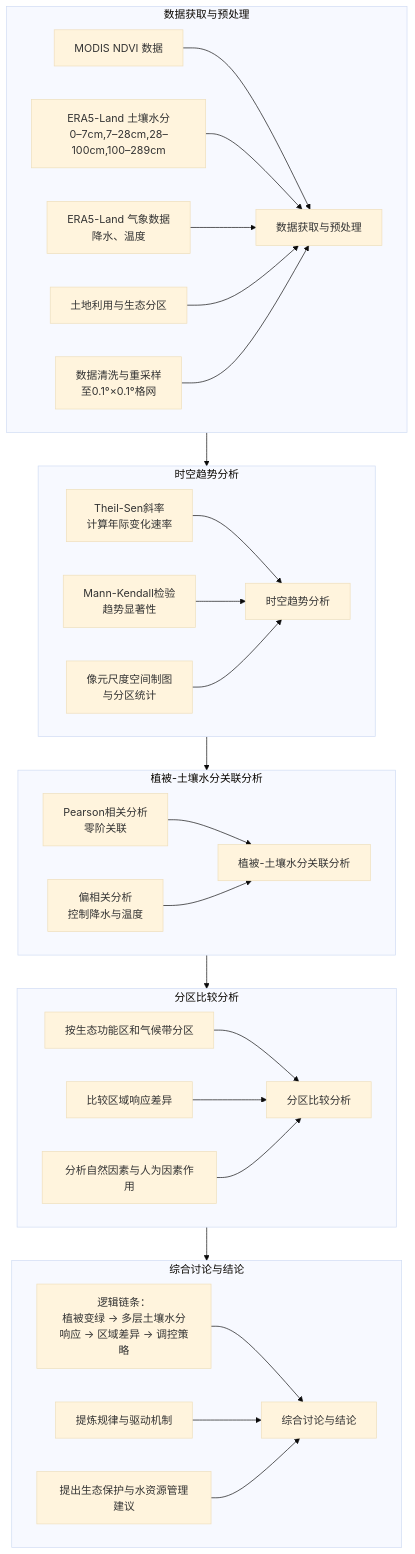
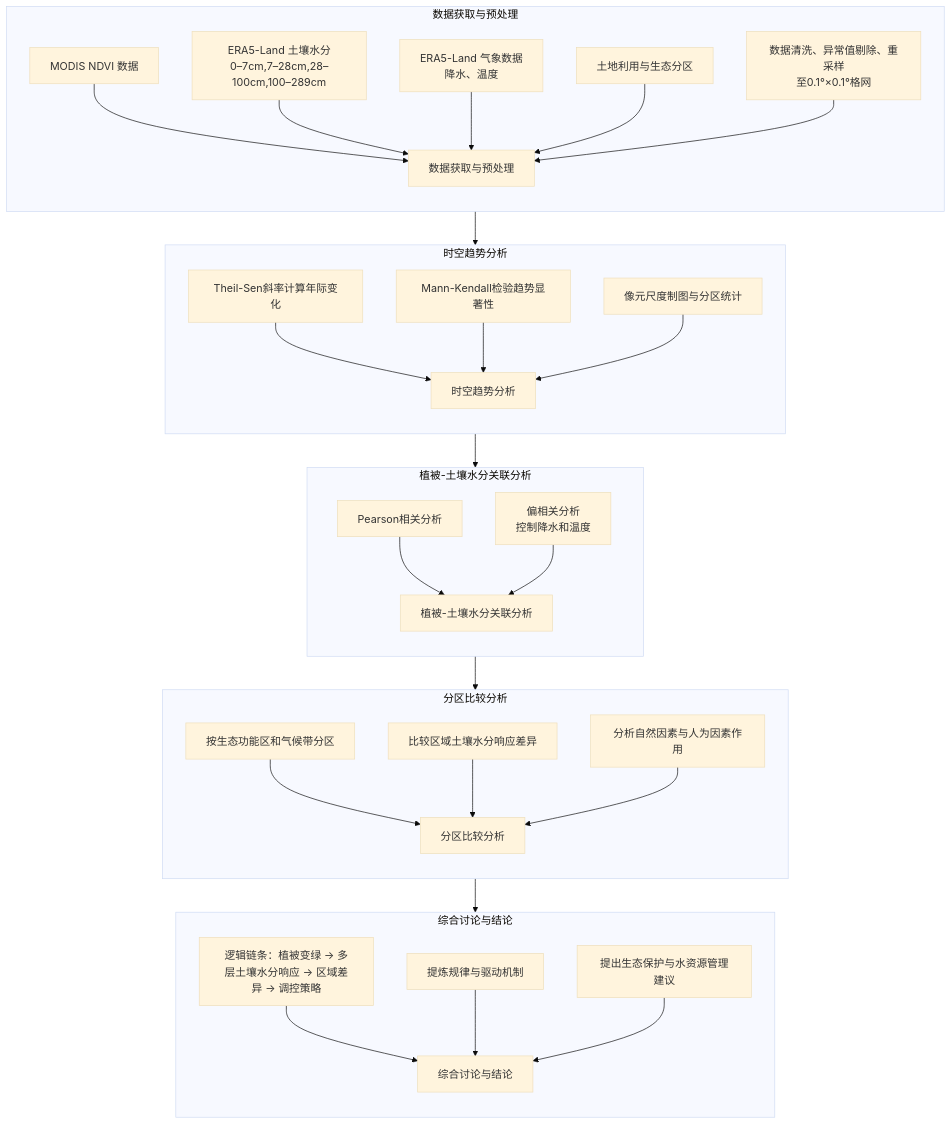
One commit to xiaoguangrui21-lang/- changed the diagram in 技术路线流程图.md. Above: the diagram before and after it, drawn with Mermaid (base theme).

````diff
--- a/技术路线流程图.md
+++ b/技术路线流程图.md
@@ -1,58 +1,58 @@
 ```mermaid
 flowchart TD
+    %% 设置全局方向和字体
+    %% 从左到右布局，便于单页展示
+    %% 采用缩短文字与分组方法压缩页幅
     %% 主流程
+    direction LR
+
     A[数据获取与预处理] --> B[时空趋势分析]
     B --> C[植被-土壤水分关联分析]
     C --> D[分区比较分析]
     D --> E[综合讨论与结论]
 
     %% 数据获取与预处理
     subgraph 数据获取与预处理
-        direction LR
+        direction TB
         A1[MODIS NDVI 数据] --> A
         A2[ERA5-Land 土壤水分
 0–7cm,7–28cm,28–100cm,100–289cm] --> A
         A3[ERA5-Land 气象数据
 降水、温度] --> A
         A4[土地利用与生态分区] --> A
-        A5[数据清洗与重采样
+        A5[数据清洗、异常值剔除、重采样
 至0.1°×0.1°格网] --> A
     end
 
     %% 时空趋势分析
     subgraph 时空趋势分析
-        direction LR
-        B1[Theil-Sen斜率
-计算年际变化速率] --> B
-        B2[Mann-Kendall检验
-趋势显著性] --> B
-        B3[像元尺度空间制图
-与分区统计] --> B
+        direction TB
+        B1[Theil-Sen斜率计算年际变化] --> B
+        B2[Mann-Kendall检验趋势显著性] --> B
+        B3[像元尺度制图与分区统计] --> B
     end
 
     %% 植被-土壤水分关联分析
     subgraph 植被-土壤水分关联分析
-        direction LR
-        C1[Pearson相关分析
-零阶关联] --> C
+        direction TB
+        C1[Pearson相关分析] --> C
         C2[偏相关分析
-控制降水与温度] --> C
+控制降水和温度] --> C
     end
 
     %% 分区比较分析
     subgraph 分区比较分析
-        direction LR
+        direction TB
         D1[按生态功能区和气候带分区] --> D
-        D2[比较区域响应差异] --> D
+        D2[比较区域土壤水分响应差异] --> D
         D3[分析自然因素与人为因素作用] --> D
     end
 
     %% 综合讨论与结论
     subgraph 综合讨论与结论
-        direction LR
-        E1[逻辑链条：
-植被变绿 -> 多层土壤水分响应 -> 区域差异 -> 调控策略] --> E
+        direction TB
+        E1[逻辑链条：植被变绿 -> 多层土壤水分响应 -> 区域差异 -> 调控策略] --> E
         E2[提炼规律与驱动机制] --> E
         E3[提出生态保护与水资源管理建议] --> E
     end
 ```
````
